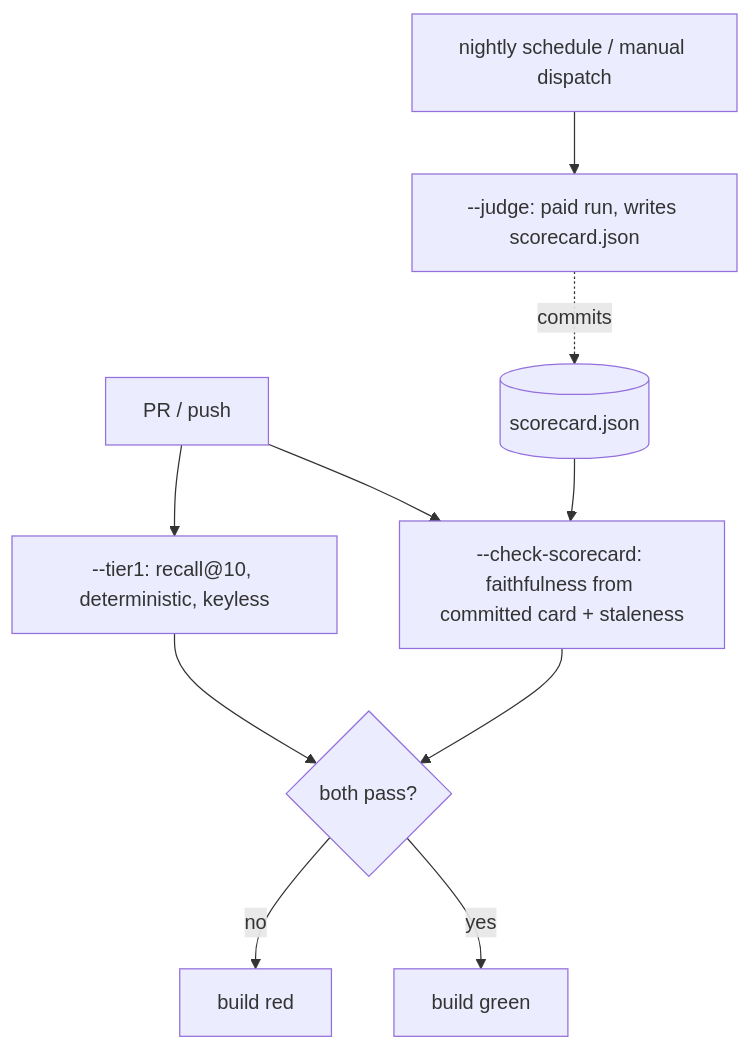
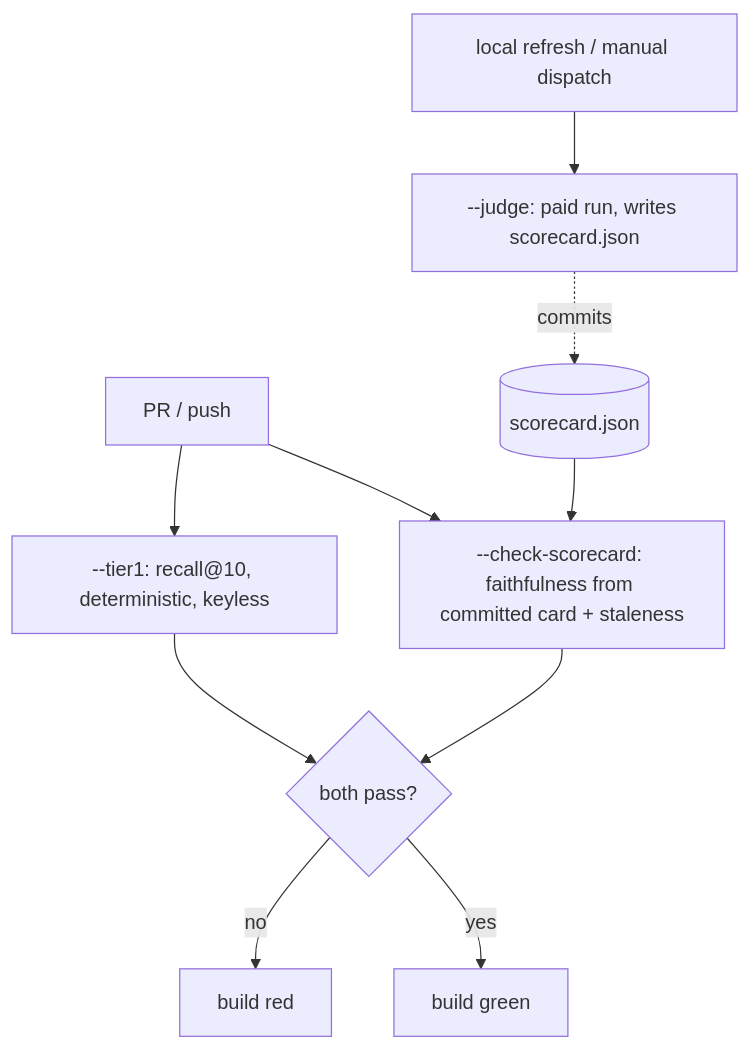
One commit to lovish-dhillon/grc-rag changed the diagram in docs/04-evaluation.md. Above: the diagram before and after it, drawn with Mermaid. The commit also changed other lines of this file and 18 other files, not shown here.

First line of the commit message:
fix: green the eval-gate — refresh scorecard, drop nightly CI judge, prompt v3

````diff
--- a/docs/04-evaluation.md
+++ b/docs/04-evaluation.md
@@ -122,12 +130,12 @@
 ```mermaid
 graph TD
     pr[PR / push] --> tier1[--tier1: recall@10, deterministic, keyless]
     pr --> check[--check-scorecard: faithfulness from committed card + staleness]
-    cron[nightly schedule / manual dispatch] --> judge[--judge: paid run, writes scorecard.json]
+    local[local refresh / manual dispatch] --> judge[--judge: paid run, writes scorecard.json]
     judge -.commits.-> card[(scorecard.json)]
     card --> check
     tier1 --> verdict{both pass?}
     check --> verdict
     verdict -->|no| red[build red]
     verdict -->|yes| green[build green]
 ```
````
